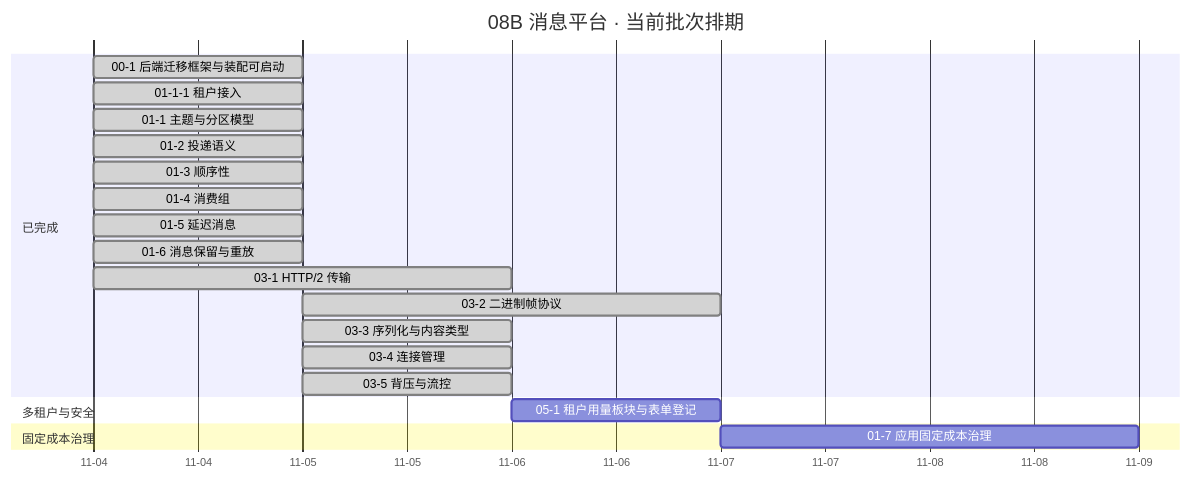
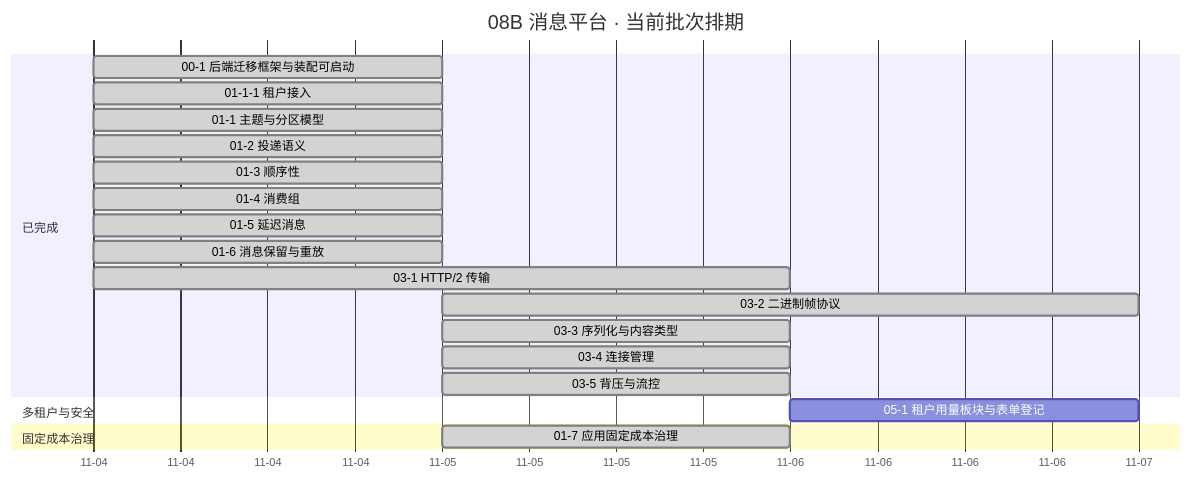
One commit to minjian123/message-platform changed the diagram in msg文档/项目/08B_消息平台/计划/01_计划_消息平台.md. Above: the diagram before and after it, drawn with Mermaid. The commit also changed other lines of this file and 3 other files, not shown here.

````diff
--- a/msg文档/项目/08B_消息平台/计划/01_计划_消息平台.md
+++ b/msg文档/项目/08B_消息平台/计划/01_计划_消息平台.md
@@ -73,25 +73,25 @@
 ```mermaid
 gantt
     title 08B 消息平台 · 当前批次排期
     %% 任务域 02：02-1/02-2/02-3/02-6/02-7 待排期、02-4/02-5 搁置（待 8B_05）；任务域 04：04-1~04-6 搁置（待 8B_02 收口）；均不入甘特
     dateFormat YYYY-MM-DD
     axisFormat %m-%d
     section 已完成
     00-1 后端迁移框架与装配可启动 :done, d001, 2026-11-04, 1d
     01-1-1 租户接入 :done, d0111, 2026-11-04, 1d
     01-1 主题与分区模型 :done, t011, 2026-11-04, 1d
     01-2 投递语义 :done, t012, 2026-11-04, 1d
     01-3 顺序性 :done, t013, 2026-11-04, 1d
     01-4 消费组 :done, t014, 2026-11-04, 1d
     01-5 延迟消息 :done, t015, 2026-11-04, 1d
     01-6 消息保留与重放 :done, t016, 2026-11-04, 1d
     03-1 HTTP/2 传输 :done, t031, 2026-11-04, 2d
     03-2 二进制帧协议 :done, t032, 2026-11-05, 2d
     03-3 序列化与内容类型 :done, t033, 2026-11-05, 1d
     03-4 连接管理 :done, t034, 2026-11-05, 1d
     03-5 背压与流控 :done, t035, 2026-11-05, 1d
     section 多租户与安全
     05-1 租户用量板块与表单登记 :t051, after t035, 1d
     section 固定成本治理
-    01-7 应用固定成本治理 :t017, after t051, 2d
+    01-7 应用固定成本治理 :done, t017, 2026-11-05, 1d
 ```
````
